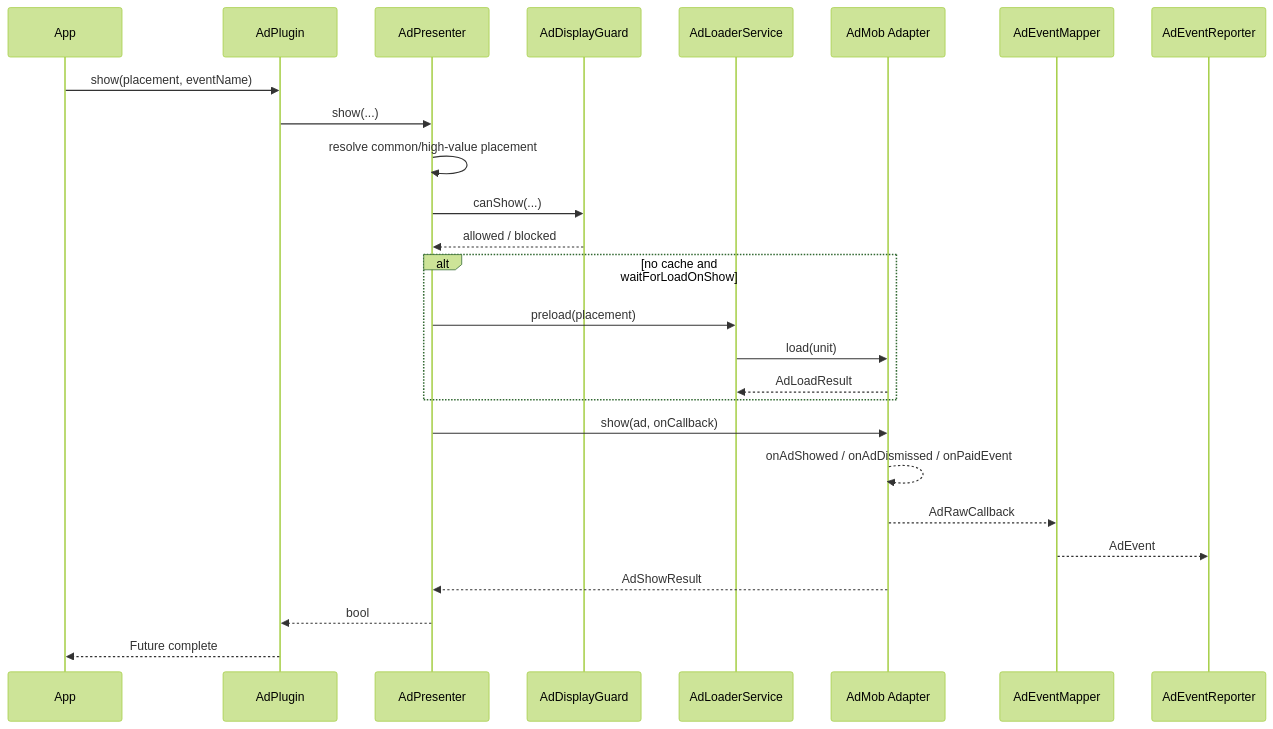
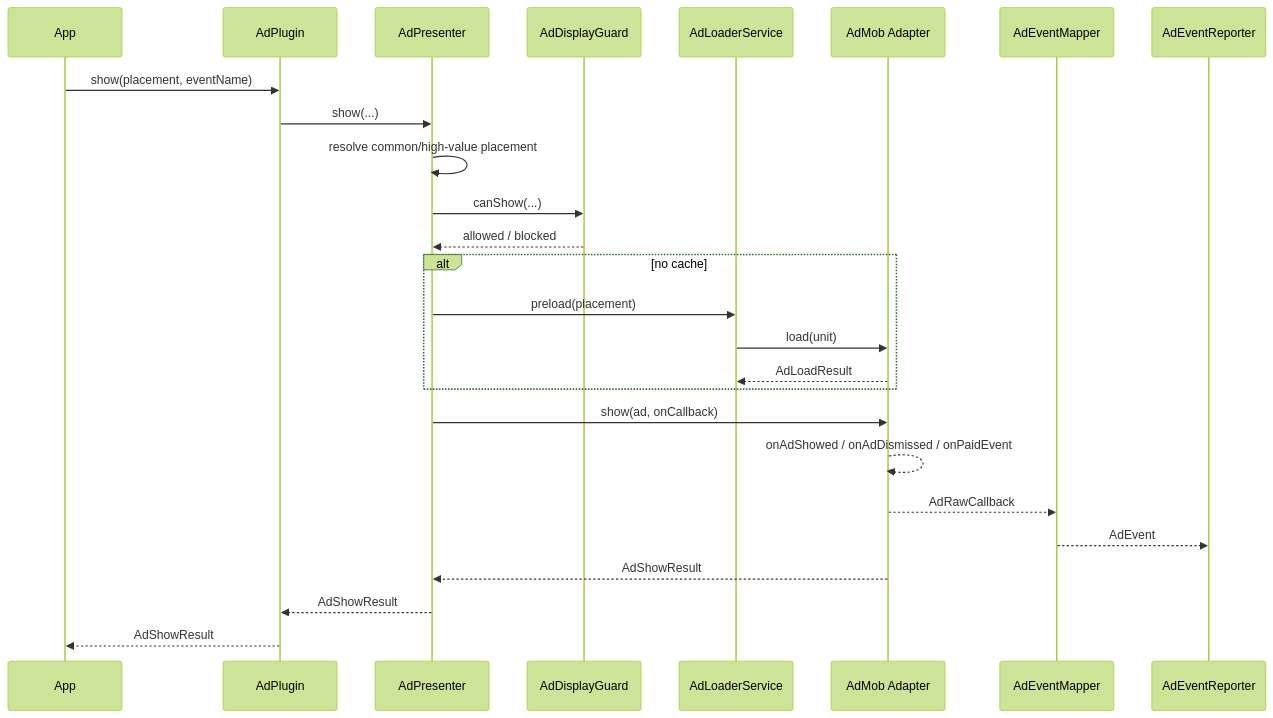
One commit to yanmingLiu/flutter_ad_plugin changed the fourth of 8 diagrams in README.md. Above: the diagram before and after it, drawn with Mermaid (forest theme). The commit also changed other lines of this file and 62 other files, not shown here.

````diff
--- a/README.md
+++ b/README.md
@@ -756,29 +885,29 @@
 ```mermaid
 sequenceDiagram
   participant App
   participant Plugin as AdPlugin
   participant Presenter as AdPresenter
   participant Guard as AdDisplayGuard
   participant Loader as AdLoaderService
   participant Adapter as AdMob Adapter
   participant Mapper as AdEventMapper
   participant Reporter as AdEventReporter
 
   App->>Plugin: show(placement, eventName)
   Plugin->>Presenter: show(...)
   Presenter->>Presenter: resolve common/high-value placement
   Presenter->>Guard: canShow(...)
   Guard-->>Presenter: allowed / blocked
-  alt no cache and waitForLoadOnShow
+  alt no cache
     Presenter->>Loader: preload(placement)
     Loader->>Adapter: load(unit)
     Adapter-->>Loader: AdLoadResult
   end
   Presenter->>Adapter: show(ad, onCallback)
   Adapter-->>Adapter: onAdShowed / onAdDismissed / onPaidEvent
   Adapter-->>Mapper: AdRawCallback
   Mapper-->>Reporter: AdEvent
   Adapter-->>Presenter: AdShowResult
-  Presenter-->>Plugin: bool
-  Plugin-->>App: Future complete
+  Presenter-->>Plugin: AdShowResult
+  Plugin-->>App: AdShowResult
 ```
````
